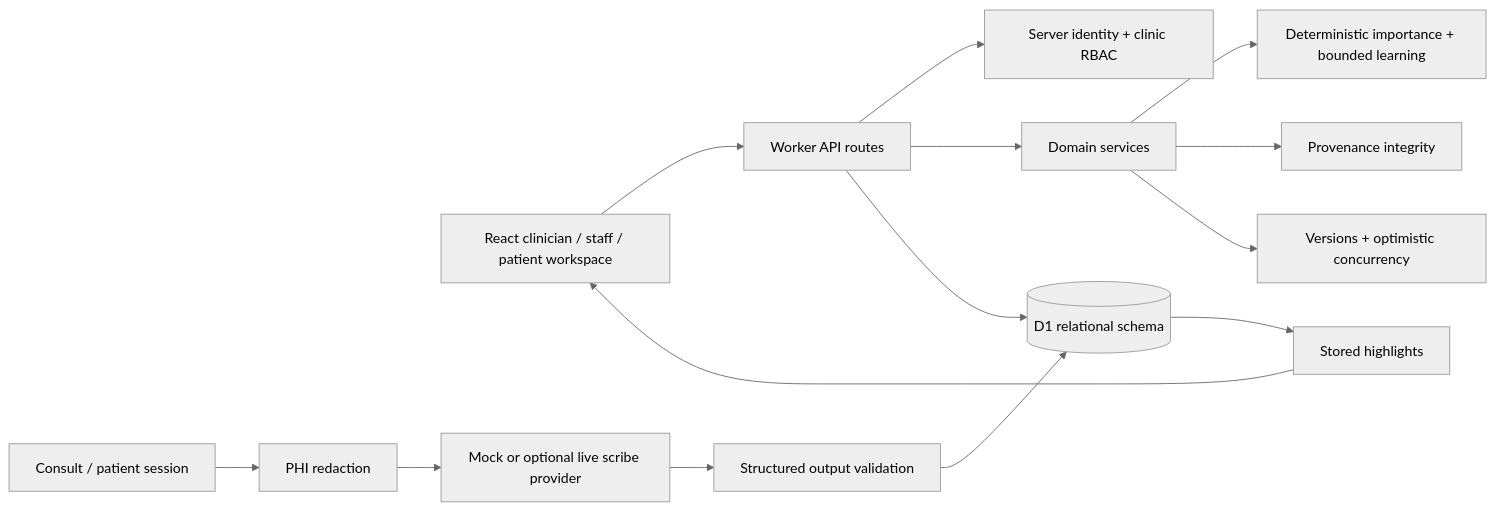
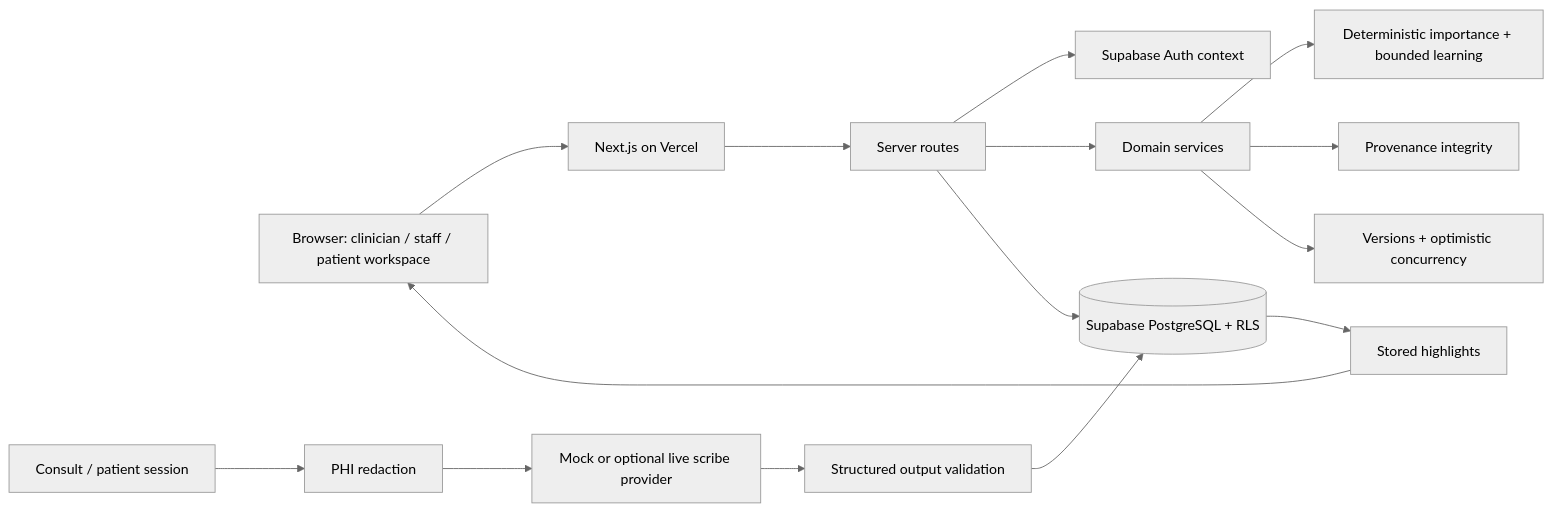
Before and after one commit to Alan22886/nightingale-care-note: the first of 2 diagrams in docs/TECHNICAL_BRIEF.md, drawn with Mermaid (neutral theme). The commit also changed other lines of this file and 5 other files, not shown here.

Commit message:
docs: describe Supabase and Vercel submission architecture

````diff
--- a/docs/TECHNICAL_BRIEF.md
+++ b/docs/TECHNICAL_BRIEF.md
@@ -17,16 +17,17 @@
 ```mermaid
 flowchart LR
-  UI[React clinician / staff / patient workspace] --> API[Worker API routes]
-  API --> AUTH[Server identity + clinic RBAC]
+  UI[Browser: clinician / staff / patient workspace] --> NEXT[Next.js on Vercel]
+  NEXT --> API[Server routes]
+  API --> AUTH[Supabase Auth context]
   API --> DOMAIN[Domain services]
   DOMAIN --> SCORE[Deterministic importance + bounded learning]
   DOMAIN --> PROV[Provenance integrity]
   DOMAIN --> REV[Versions + optimistic concurrency]
-  API --> D1[(D1 relational schema)]
+  API --> DB[(Supabase PostgreSQL + RLS)]
   SOURCE[Consult / patient session] --> REDACT[PHI redaction]
   REDACT --> PROVIDER[Mock or optional live scribe provider]
   PROVIDER --> VALIDATE[Structured output validation]
-  VALIDATE --> D1
-  D1 --> PRECOMP[Stored highlights]
+  VALIDATE --> DB
+  DB --> PRECOMP[Stored highlights]
   PRECOMP --> UI
 ```
````
